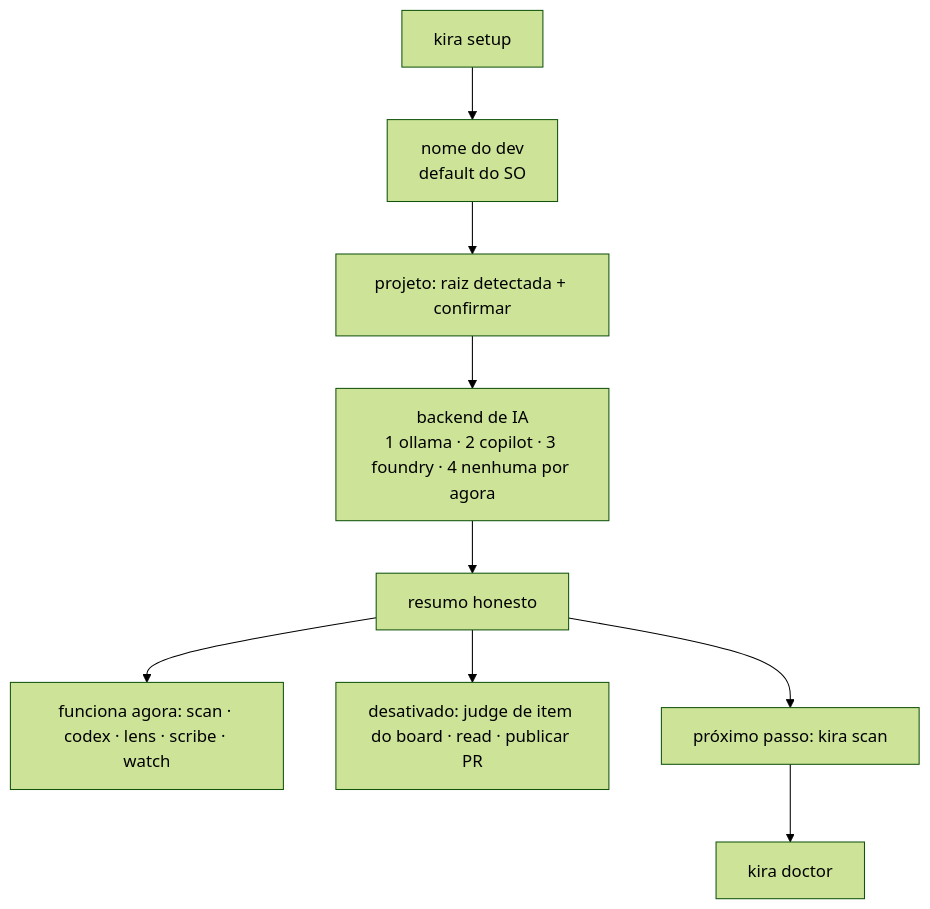
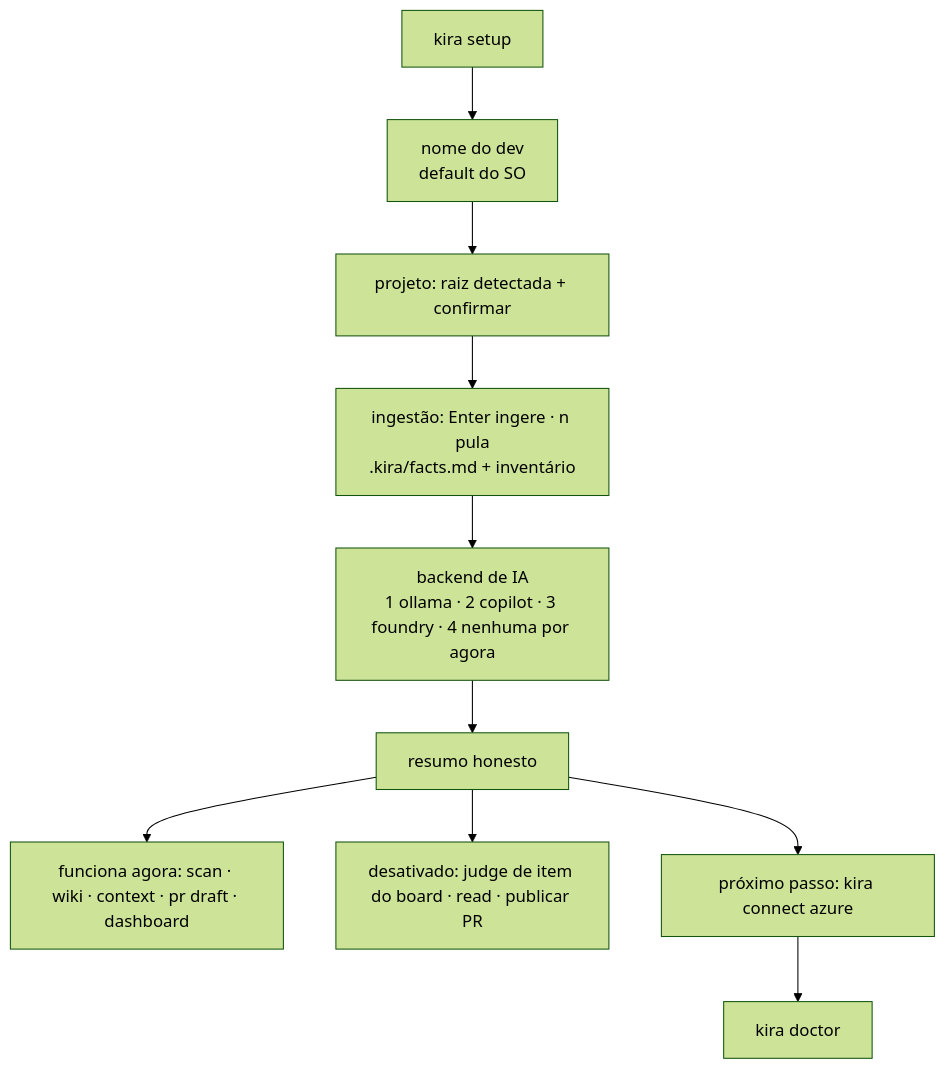
Before and after one commit to sergingroisman/kira: the second of 3 diagrams in docs/kira-jornadas.md, drawn with Mermaid (forest theme). The commit also changed other lines of this file and 2 other files, not shown here.

````diff
--- a/docs/kira-jornadas.md
+++ b/docs/kira-jornadas.md
@@ -59,11 +73,12 @@
 ```mermaid
 flowchart TD
   A[kira setup] --> B[nome do dev<br/>default do SO]
   B --> C[projeto: raiz detectada + confirmar]
-  C --> D[backend de IA<br/>1 ollama · 2 copilot · 3 foundry · 4 nenhuma por agora]
+  C --> I[ingestão: Enter ingere · n pula<br/>.kira/facts.md + inventário]
+  I --> D[backend de IA<br/>1 ollama · 2 copilot · 3 foundry · 4 nenhuma por agora]
   D --> E[resumo honesto]
-  E --> F[funciona agora: scan · codex · lens · scribe · watch]
+  E --> F[funciona agora: scan · wiki · context · pr draft · dashboard]
   E --> G[desativado: judge de item do board · read · publicar PR]
-  E --> H[próximo passo: kira scan]
-  H --> I[kira doctor]
+  E --> H[próximo passo: kira connect azure]
+  H --> Z[kira doctor]
 ```
````
